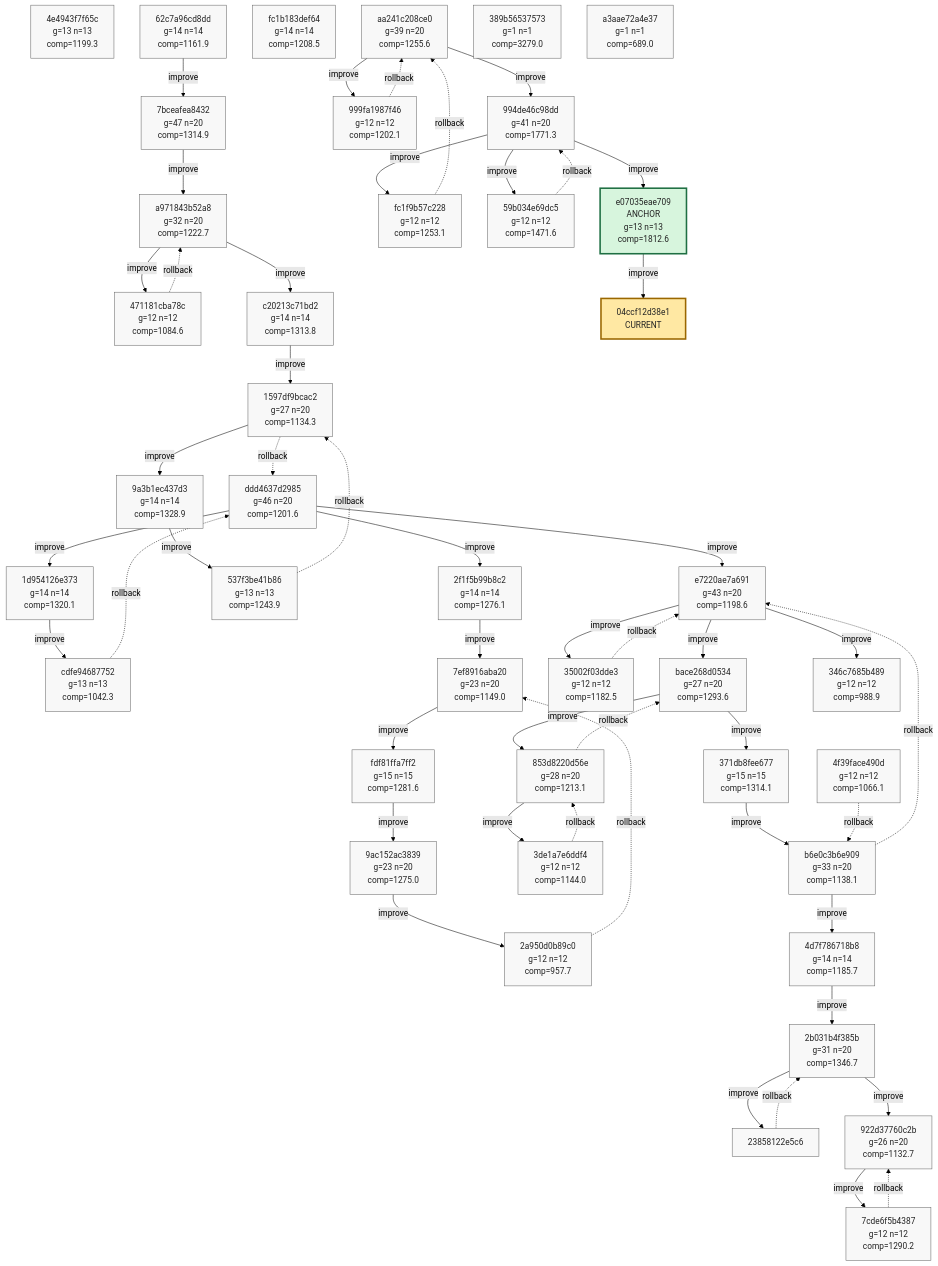
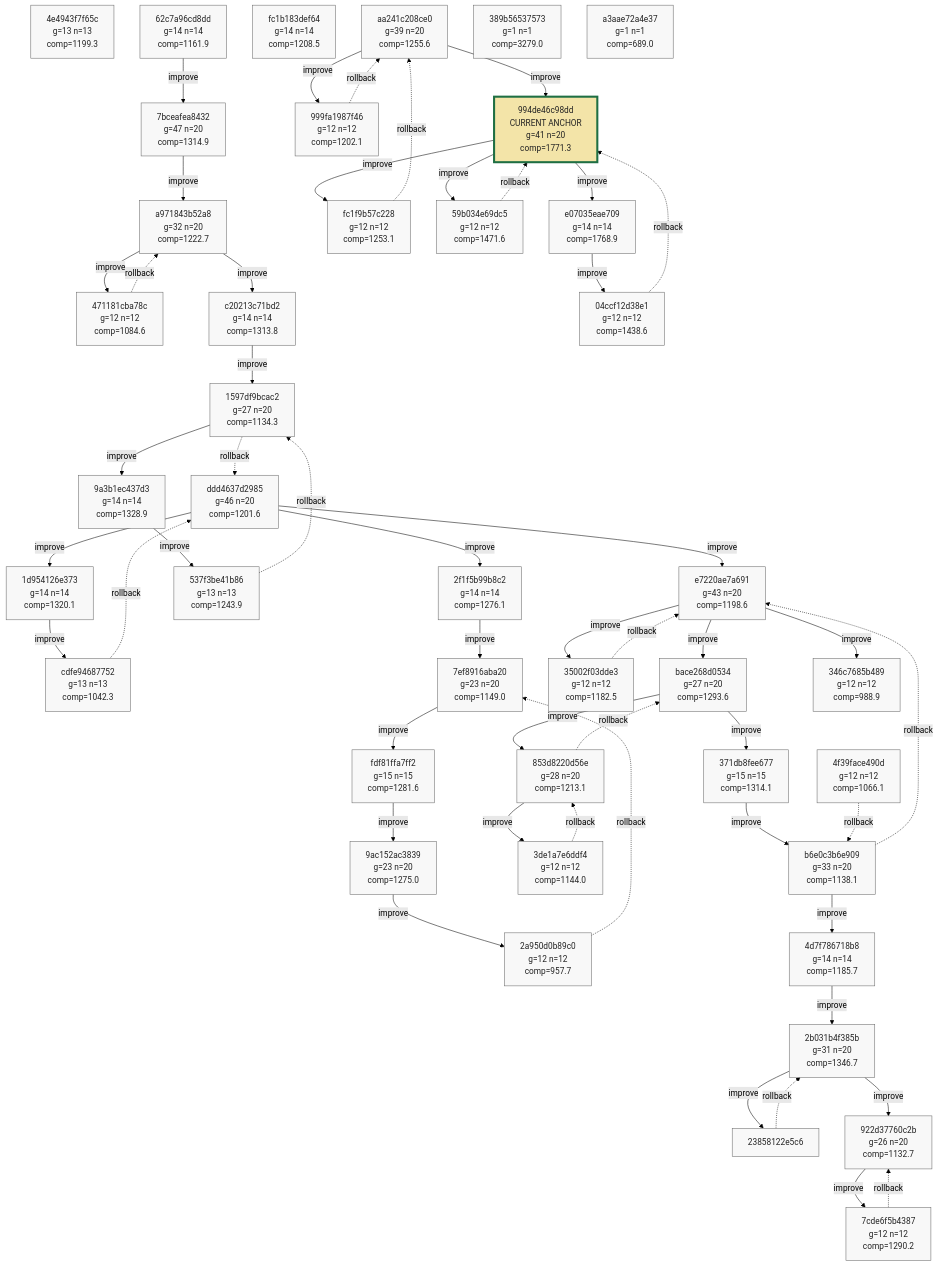
The ninth of 9 diagrams in phyrogenetic-tree.md (azumag/soviet_now), drawn with Mermaid (forest theme) before and after one commit. The commit also changed other lines of this file and 2 other files, not shown here.

````diff
--- a/phyrogenetic-tree.md
+++ b/phyrogenetic-tree.md
@@ -2281,13 +2282,13 @@
     h_346c7685b489["346c7685b489<br/>g=12 n=12<br/>comp=988.9"]
     h_aa241c208ce0["aa241c208ce0<br/>g=39 n=20<br/>comp=1255.6"]
     h_999fa1987f46["999fa1987f46<br/>g=12 n=12<br/>comp=1202.1"]
-    h_994de46c98dd["994de46c98dd<br/>g=41 n=20<br/>comp=1771.3"]
+    h_994de46c98dd["994de46c98dd<br/>CURRENT ANCHOR<br/>g=41 n=20<br/>comp=1771.3"]
     h_fc1f9b57c228["fc1f9b57c228<br/>g=12 n=12<br/>comp=1253.1"]
     h_59b034e69dc5["59b034e69dc5<br/>g=12 n=12<br/>comp=1471.6"]
-    h_e07035eae709["e07035eae709<br/>ANCHOR<br/>g=13 n=13<br/>comp=1812.6"]
+    h_e07035eae709["e07035eae709<br/>g=14 n=14<br/>comp=1768.9"]
+    h_04ccf12d38e1["04ccf12d38e1<br/>g=12 n=12<br/>comp=1438.6"]
     h_389b56537573["389b56537573<br/>g=1 n=1<br/>comp=3279.0"]
     h_a3aae72a4e37["a3aae72a4e37<br/>g=1 n=1<br/>comp=689.0"]
-    h_04ccf12d38e1["04ccf12d38e1<br/>CURRENT"]
 
     h_ddd4637d2985 -->|improve| h_1d954126e373
     h_1d954126e373 -->|improve| h_cdfe94687752
@@ -2337,6 +2338,7 @@
     h_59b034e69dc5 -. rollback .-> h_994de46c98dd
     h_994de46c98dd -->|improve| h_e07035eae709
     h_e07035eae709 -->|improve| h_04ccf12d38e1
+    h_04ccf12d38e1 -. rollback .-> h_994de46c98dd
 
     classDef plain fill:#f8f8f8,stroke:#666,stroke-width:1px,color:#222;
     classDef current fill:#ffe8a3,stroke:#9a6700,stroke-width:3px,color:#222;
@@ -2377,11 +2379,11 @@
     class h_346c7685b489 plain;
     class h_aa241c208ce0 plain;
     class h_999fa1987f46 plain;
-    class h_994de46c98dd plain;
+    class h_994de46c98dd current_anchor;
     class h_fc1f9b57c228 plain;
     class h_59b034e69dc5 plain;
-    class h_e07035eae709 anchor;
+    class h_e07035eae709 plain;
+    class h_04ccf12d38e1 plain;
     class h_389b56537573 plain;
     class h_a3aae72a4e37 plain;
-    class h_04ccf12d38e1 current;
 ```
````
